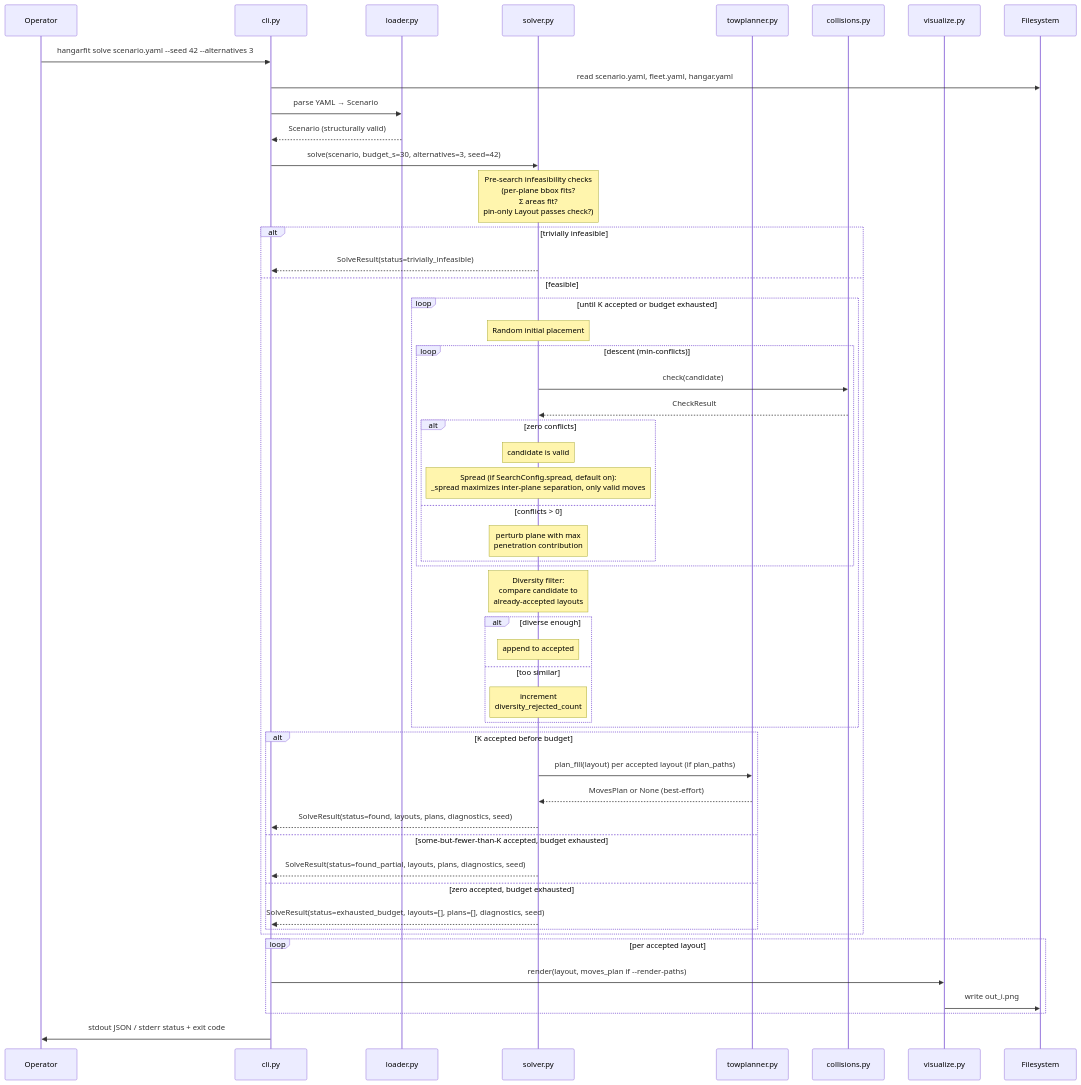
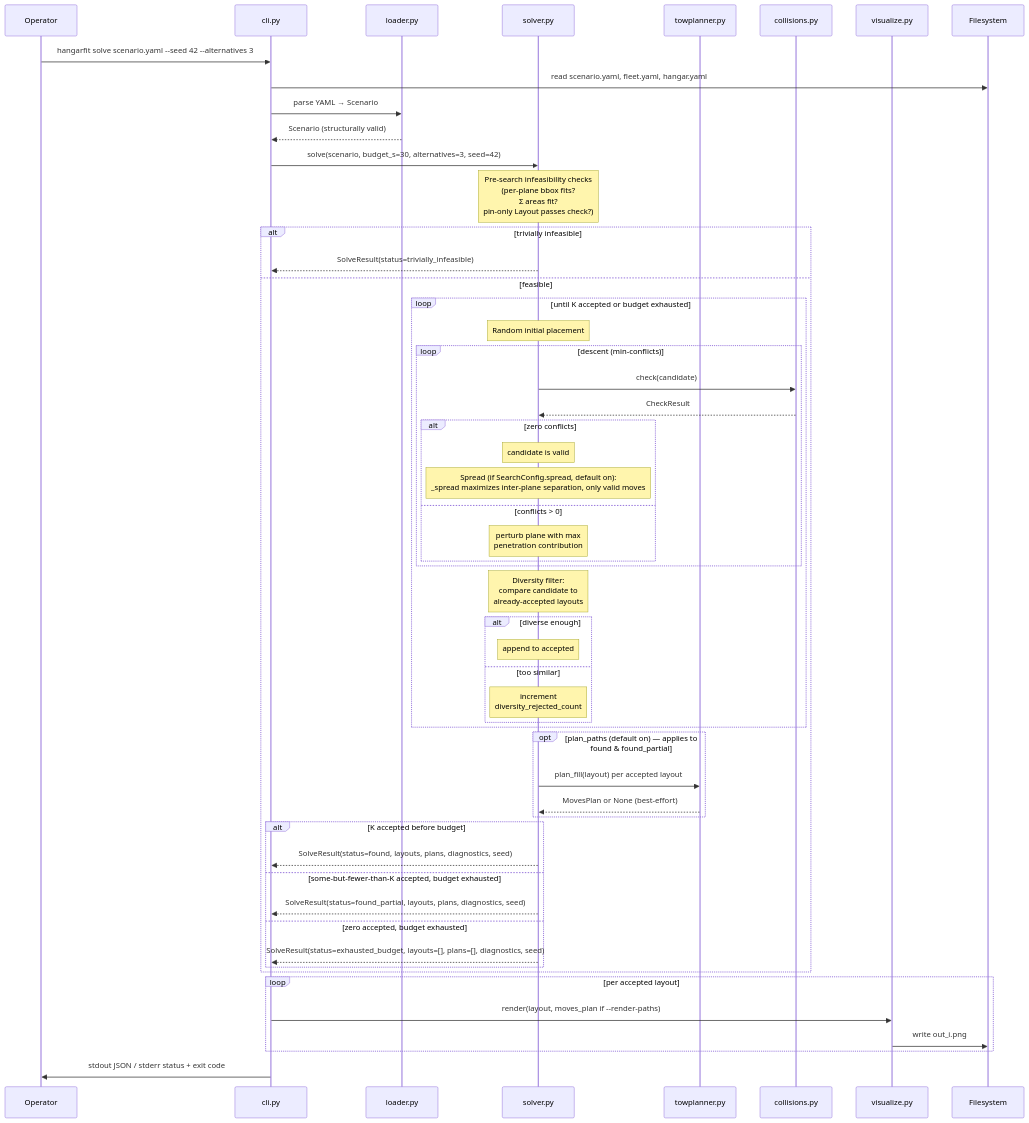
One commit to DocGerd/hangarfit changed the second of 2 diagrams in docs/architecture/06-runtime-view.md. Above: the diagram before and after it, drawn with Mermaid. The commit also changed 2 other files, not shown here.

Commit message:
docs: address PR #258 review findings (#194)
- §6 sequence diagram: hoist the `plan_fill` tow-plan step into an `opt`
  block before the status `alt`, so it correctly applies to both `found`
  and `found_partial` (it was shown only under the `found` branch, while
  both returns carry `plans`).
- §5 towplanner subsection: the annotation-only TYPE_CHECKING `MovesPlan`
  reference list also includes `models.py` (not just cli/visualize); the
  runtime-importer claim ("only solver.py") was already correct.
- §1 quality goal #1: add `towplanner` to the downstream-feature
  enumeration for consistency with the §5 / CLAUDE.md / README module
  lists updated in this PR.

(Both review verdicts were "accurate, meets standards"; no Critical/
Important findings. ADR-0001's "future planner" framing is intentionally
left frozen — immutable accepted ADR.)

````diff
--- a/docs/architecture/06-runtime-view.md
+++ b/docs/architecture/06-runtime-view.md
@@ -61,57 +61,59 @@
 ```mermaid
 sequenceDiagram
     participant Op as Operator
     participant CLI as cli.py
     participant Loader as loader.py
     participant Solver as solver.py
     participant Tow as towplanner.py
     participant Coll as collisions.py
     participant Viz as visualize.py
     participant FS as Filesystem
 
     Op->>CLI: hangarfit solve scenario.yaml --seed 42 --alternatives 3
     CLI->>FS: read scenario.yaml, fleet.yaml, hangar.yaml
     CLI->>Loader: parse YAML → Scenario
     Loader-->>CLI: Scenario (structurally valid)
 
     CLI->>Solver: solve(scenario, budget_s=30, alternatives=3, seed=42)
     Note over Solver: Pre-search infeasibility checks<br/>(per-plane bbox fits?<br/>Σ areas fit?<br/>pin-only Layout passes check?)
     alt trivially infeasible
         Solver-->>CLI: SolveResult(status=trivially_infeasible)
     else feasible
         loop until K accepted or budget exhausted
             Note over Solver: Random initial placement
             loop descent (min-conflicts)
                 Solver->>Coll: check(candidate)
                 Coll-->>Solver: CheckResult
                 alt zero conflicts
                     Note over Solver: candidate is valid
                     Note over Solver: Spread (if SearchConfig.spread, default on):<br/>_spread maximizes inter-plane separation, only valid moves
                 else conflicts > 0
                     Note over Solver: perturb plane with max<br/>penetration contribution
                 end
             end
             Note over Solver: Diversity filter:<br/>compare candidate to<br/>already-accepted layouts
             alt diverse enough
                 Note over Solver: append to accepted
             else too similar
                 Note over Solver: increment<br/>diversity_rejected_count
             end
         end
+        opt plan_paths (default on) — applies to found & found_partial
+            Solver->>Tow: plan_fill(layout) per accepted layout
+            Tow-->>Solver: MovesPlan or None (best-effort)
+        end
         alt K accepted before budget
-            Solver->>Tow: plan_fill(layout) per accepted layout (if plan_paths)
-            Tow-->>Solver: MovesPlan or None (best-effort)
             Solver-->>CLI: SolveResult(status=found, layouts, plans, diagnostics, seed)
         else some-but-fewer-than-K accepted, budget exhausted
             Solver-->>CLI: SolveResult(status=found_partial, layouts, plans, diagnostics, seed)
         else zero accepted, budget exhausted
             Solver-->>CLI: SolveResult(status=exhausted_budget, layouts=[], plans=[], diagnostics, seed)
         end
     end
 
     loop per accepted layout
         CLI->>Viz: render(layout, moves_plan if --render-paths)
         Viz->>FS: write out_i.png
     end
     CLI->>Op: stdout JSON / stderr status + exit code
 ```
````
